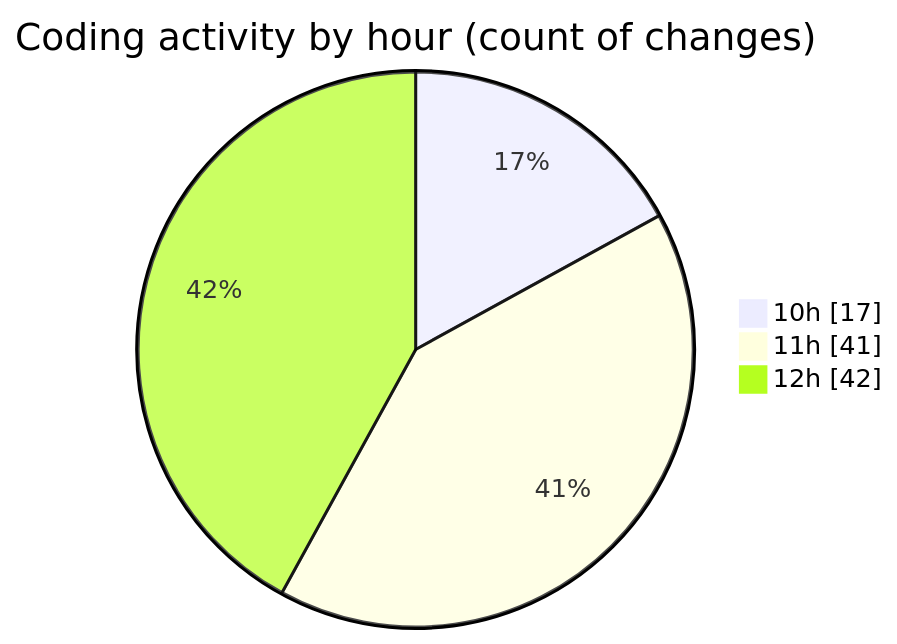
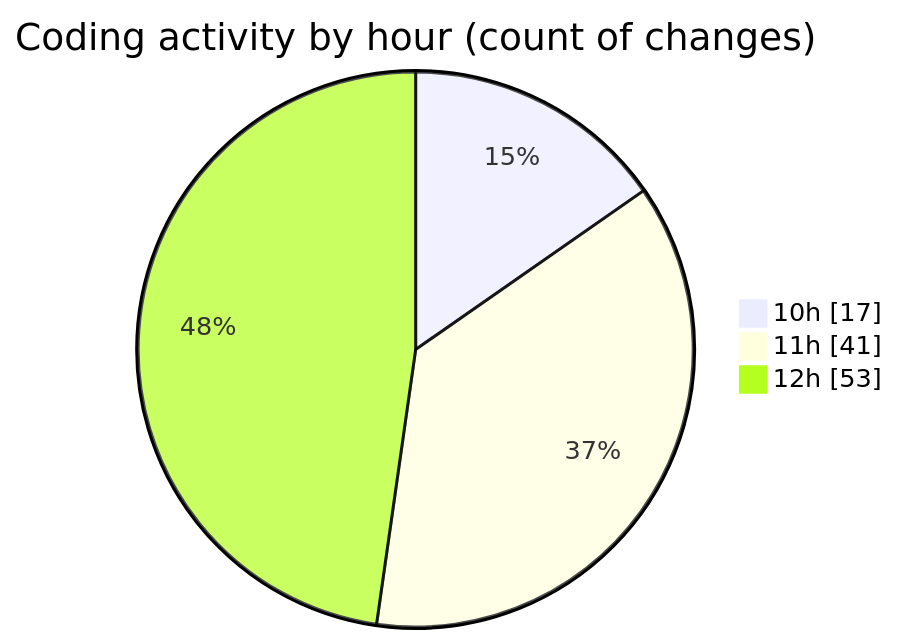
Before and after one commit to momahboobian/code-tracking: the second of 2 diagrams in 2025-10-06/cda/README.md, drawn with Mermaid. The commit also changed other lines of this file and 1 other file, not shown here.

````diff
--- a/2025-10-06/cda/README.md
+++ b/2025-10-06/cda/README.md
@@ -33,7 +33,7 @@
 ```mermaid
 pie showData
 title Coding activity by hour (count of changes)
 "10h" : 17
 "11h" : 41
-"12h" : 42
+"12h" : 53
 ```
````
